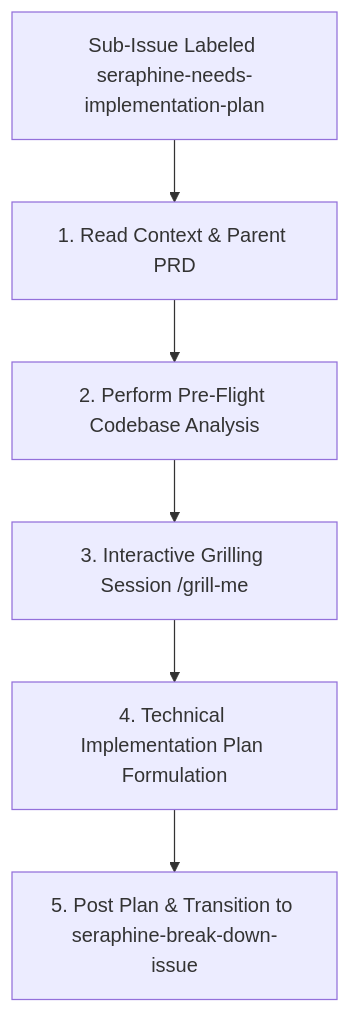
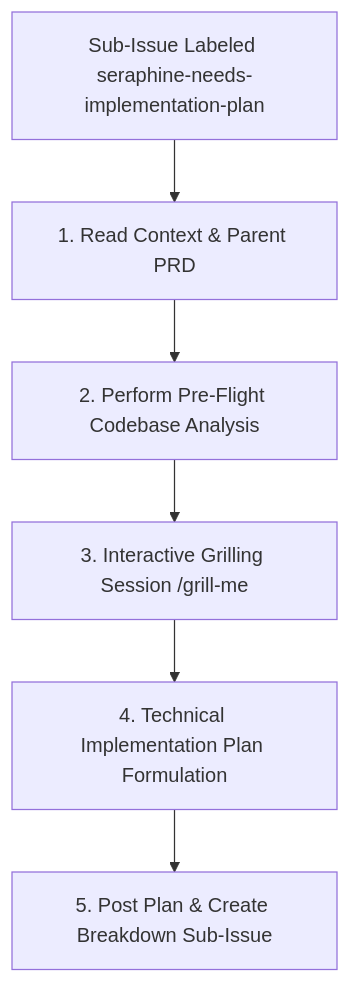
One commit to brotherlogic/seraphine changed the second of 4 diagrams in ISSUES.md. Above: the diagram before and after it, drawn with Mermaid. The commit also changed other lines of this file and 1 other file, not shown here.

First line of the commit message:
docs: update ISSUES.md to decouple implementation plan and breakdown phases

````diff
--- a/ISSUES.md
+++ b/ISSUES.md
@@ -71,8 +71,8 @@
 ```mermaid
 graph TD
     A[Sub-Issue Labeled seraphine-needs-implementation-plan] --> B[1. Read Context & Parent PRD]
     B --> C[2. Perform Pre-Flight Codebase Analysis]
     C --> D[3. Interactive Grilling Session /grill-me]
     D --> E[4. Technical Implementation Plan Formulation]
-    E --> F[5. Post Plan & Transition to seraphine-break-down-issue]
+    E --> F[5. Post Plan & Create Breakdown Sub-Issue]
 ```
````
